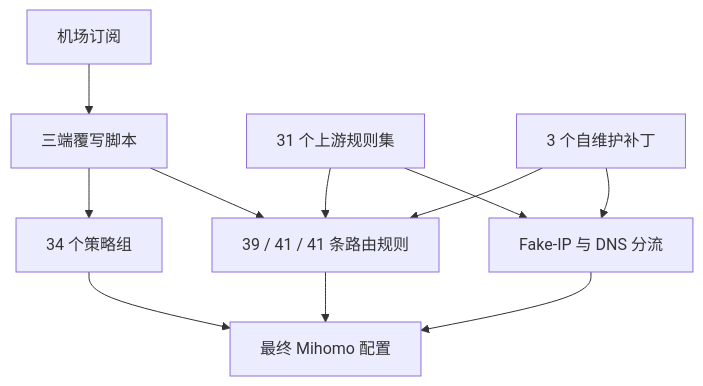
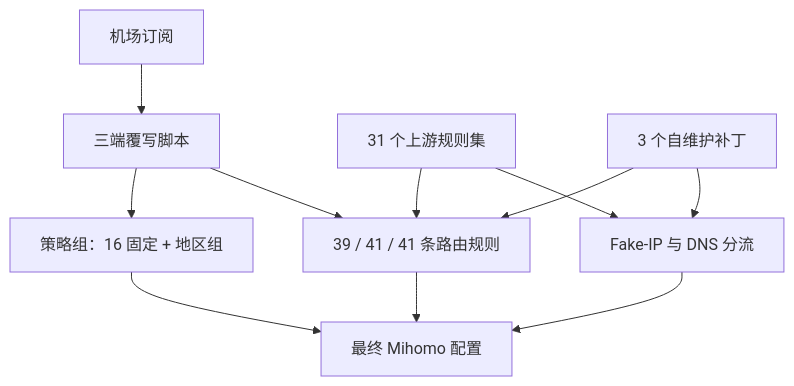
The diagram in README.md (skullvek/Mihomo-RouteKit), drawn with Mermaid before and after one commit. The commit also changed other lines of this file and 6 other files, not shown here.

````diff
--- a/README.md
+++ b/README.md
@@ -179,13 +180,13 @@
 ```mermaid
 flowchart TD
     A[机场订阅] --> B[三端覆写脚本]
-    B --> C[34 个策略组]
+    B --> C[策略组：16 固定 + 地区组]
     B --> D[39 / 41 / 41 条路由规则]
     E[31 个上游规则集] --> D
     F[3 个自维护补丁] --> D
     F --> G[Fake-IP 与 DNS 分流]
     E --> G
     D --> H[最终 Mihomo 配置]
     G --> H
     C --> H
 ```
````
